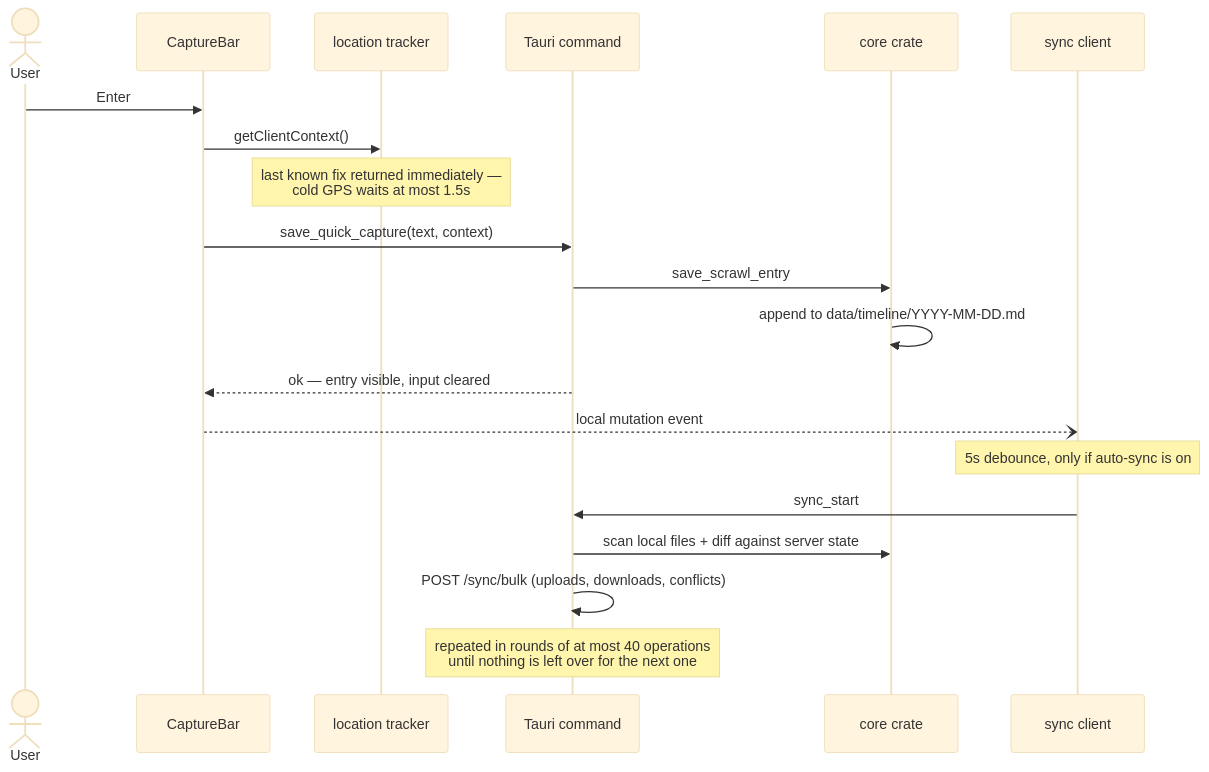
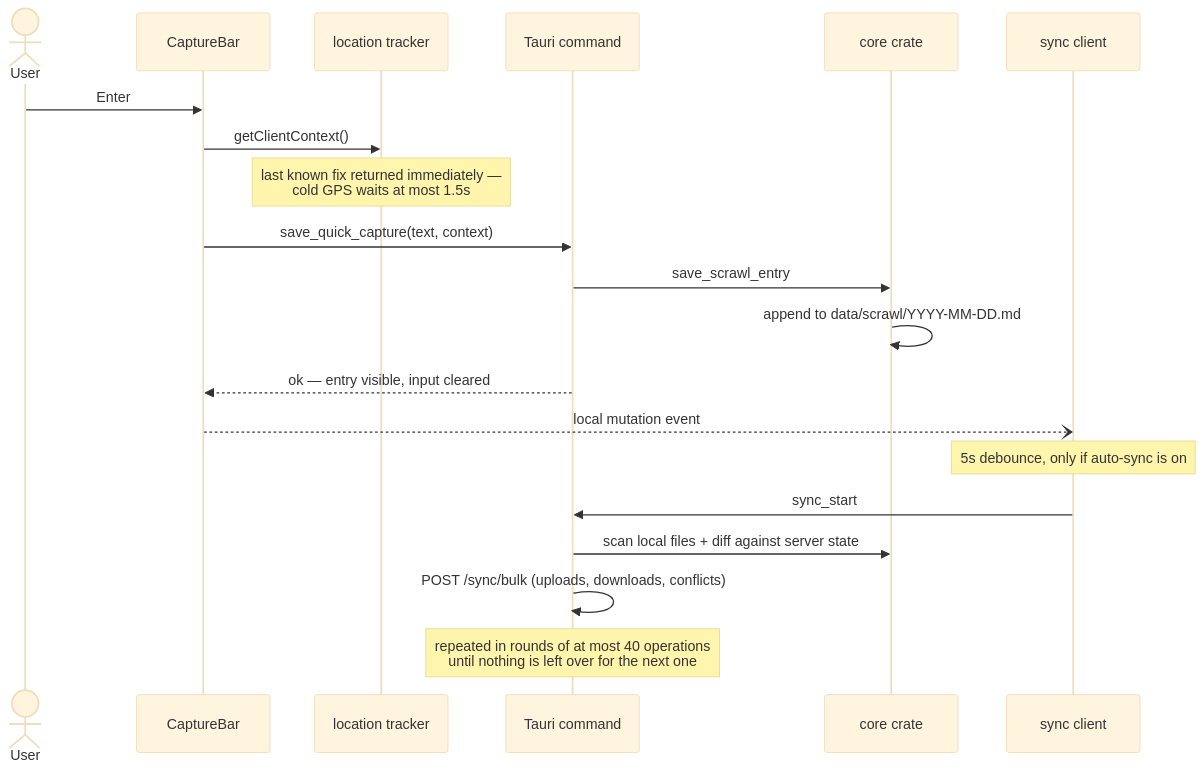
The third of 3 diagrams in docs/introduction.md (Xantibody/magical-merchant), drawn with Mermaid (base theme) before and after one commit. The commit also changed other lines of this file and 14 other files, not shown here.

````diff
--- a/docs/introduction.md
+++ b/docs/introduction.md
@@ -130,23 +130,23 @@
 ```mermaid
 sequenceDiagram
     actor User
     participant UI as CaptureBar
     participant Ctx as location tracker
     participant Rust as Tauri command
     participant Core as core crate
     participant Sync as sync client
 
     User->>UI: Enter
     UI->>Ctx: getClientContext()
     Note over Ctx: last known fix returned immediately —<br/>cold GPS waits at most 1.5s
     UI->>Rust: save_quick_capture(text, context)
     Rust->>Core: save_scrawl_entry
-    Core->>Core: append to data/timeline/YYYY-MM-DD.md
+    Core->>Core: append to data/scrawl/YYYY-MM-DD.md
     Rust-->>UI: ok — entry visible, input cleared
     UI--)Sync: local mutation event
     Note over Sync: 5s debounce, only if auto-sync is on
     Sync->>Rust: sync_start
     Rust->>Core: scan local files + diff against server state
     Rust->>Rust: POST /sync/bulk (uploads, downloads, conflicts)
     Note over Rust: repeated in rounds of at most 40 operations<br/>until nothing is left over for the next one
 ```
````
